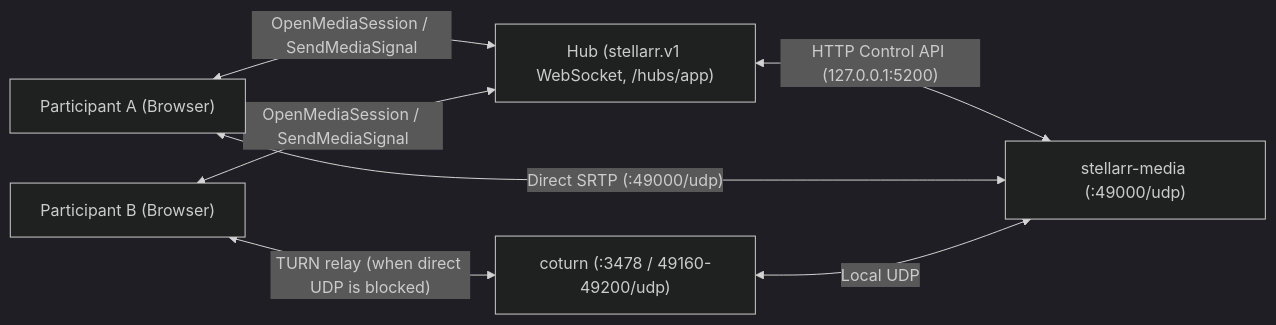
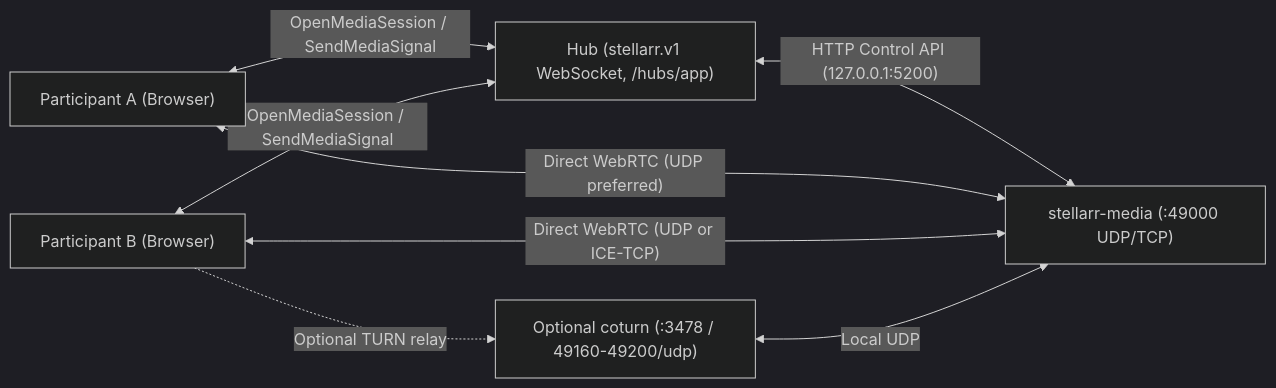
The first of 2 diagrams in docs/stellarr-media.md (Arkazzae/Stellar), drawn with Mermaid (dark theme) before and after one commit. The commit also changed other lines of this file and 15 other files, not shown here.

````diff
--- a/docs/stellarr-media.md
+++ b/docs/stellarr-media.md
@@ -27,16 +27,17 @@
 ```mermaid
 flowchart LR
     BrowserA["Participant A (Browser)"]
     BrowserB["Participant B (Browser)"]
-    Turn["coturn (:3478 / 49160-49200/udp)"]
+    Turn["Optional coturn (:3478 / 49160-49200/udp)"]
     Hub["Hub (stellarr.v1 WebSocket, /hubs/app)"]
-    Media["stellarr-media (:49000/udp)"]
+    Media["stellarr-media (:49000 UDP/TCP)"]
 
     BrowserA <-->|"OpenMediaSession / SendMediaSignal"| Hub
     BrowserB <-->|"OpenMediaSession / SendMediaSignal"| Hub
     Hub <-->|"HTTP Control API (127.0.0.1:5200)"| Media
 
-    BrowserA <-->|"Direct SRTP (:49000/udp)"| Media
-    BrowserB <-->|"TURN relay (when direct UDP is blocked)"| Turn
+    BrowserA <-->|"Direct WebRTC (UDP preferred)"| Media
+    BrowserB <-->|"Direct WebRTC (UDP or ICE-TCP)"| Media
+    BrowserB -.->|"Optional TURN relay"| Turn
     Turn <-->|"Local UDP"| Media
 ```
````
